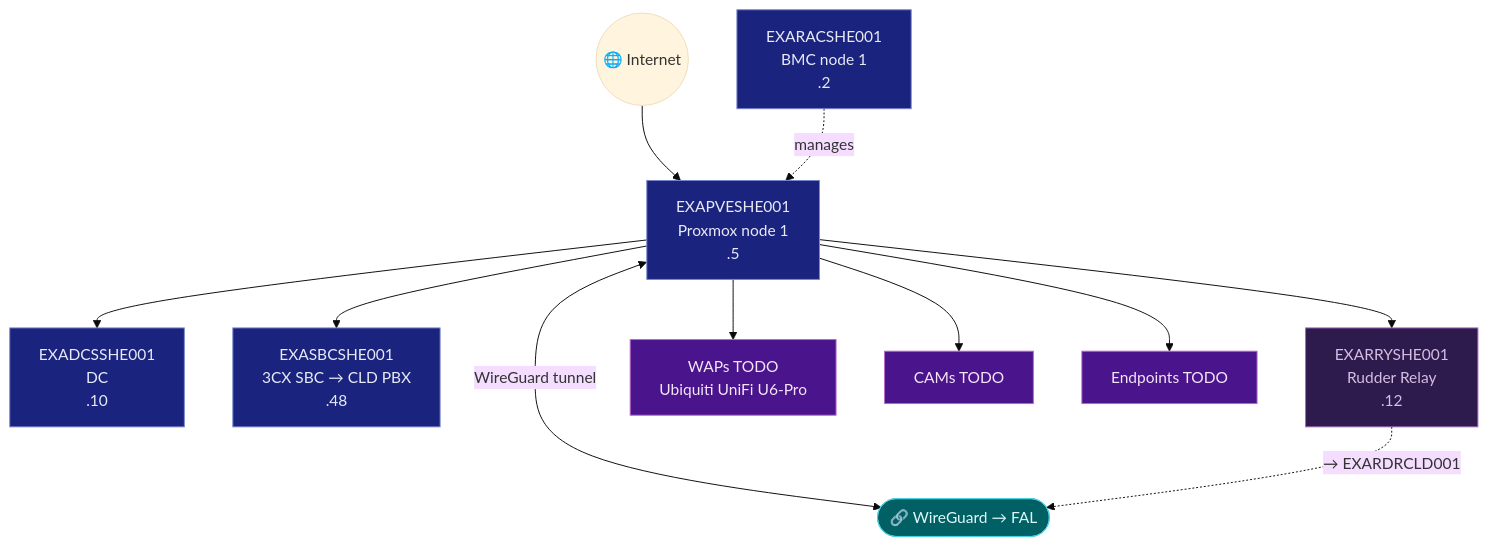
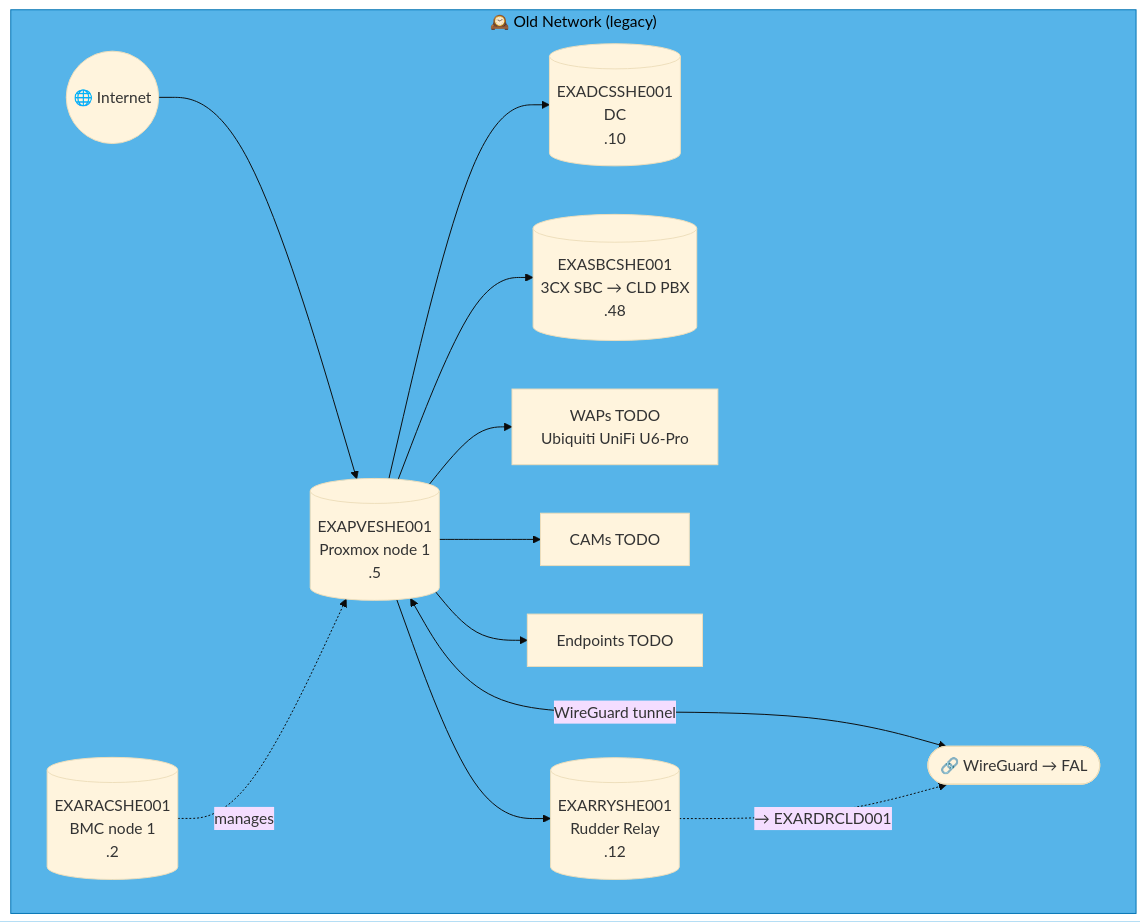
Before and after one commit to knightmare2600/example_music_infra: diagram 14 of 47 in docs/network-diagram.md, drawn with Mermaid (base theme). The commit also changed other lines of this file and 2 other files, not shown here.

````diff
--- a/docs/network-diagram.md
+++ b/docs/network-diagram.md
@@ -777,29 +724,24 @@
 ```mermaid
 graph TD
-    INET(("🌐 Internet"))
-    RAC["EXARACSHE001<br/>BMC node 1<br/>.2"]
-    PVE["EXAPVESHE001<br/>Proxmox node 1<br/>.5"]
-    DC["EXADCSSHE001<br/>DC<br/>.10"]
-    SBC["EXASBCSHE001<br/>3CX SBC → CLD PBX<br/>.48"]
-    RRY["EXARRYSHE001<br/>Rudder Relay<br/>.12"]
-    WAP["WAPs TODO<br/>Ubiquiti UniFi U6-Pro"]
-    CAM["CAMs TODO"]
-    EP["Endpoints TODO"]
-    VPN(["🔗 WireGuard → FAL"])
+    subgraph OLD_SHE ["🕰️ Old Network (legacy)"]
+      INET(("🌐 Internet"))
+      RAC[("EXARACSHE001<br/>BMC node 1<br/>.2")]
+      PVE[("EXAPVESHE001<br/>Proxmox node 1<br/>.5")]
+      DC[("EXADCSSHE001<br/>DC<br/>.10")]
+      SBC[("EXASBCSHE001<br/>3CX SBC → CLD PBX<br/>.48")]
+      RRY[("EXARRYSHE001<br/>Rudder Relay<br/>.12")]
+      WAP["WAPs TODO<br/>Ubiquiti UniFi U6-Pro"]
+      CAM["CAMs TODO"]
+      EP["Endpoints TODO"]
+      VPN(["🔗 WireGuard → FAL"])
 
-    INET --> PVE --> DC & SBC
-    RAC -.->|"manages"| PVE
-    PVE --> WAP & CAM & EP
-    PVE <-->|"WireGuard tunnel"| VPN
+      INET --> PVE --> DC & SBC
+      RAC -.->|"manages"| PVE
+      PVE --> WAP & CAM & EP
+      PVE <-->|"WireGuard tunnel"| VPN
 
-    PVE --> RRY
-    RRY -. "→ EXARDRCLD001" .-> VPN
-    classDef srv fill:#1a237e,stroke:#7986cb,color:#e8eaf6
-    classDef ep fill:#4a148c,stroke:#ba68c8,color:#f3e5f5
-    classDef vpn fill:#006064,stroke:#4dd0e1,color:#e0f7fa
-    classDef rudder fill:#2d1b4e,stroke:#a569bd,color:#d7bde2
-    class PVE,DC,SBC,RAC srv
-    class RRY rudder
-    class WAP,CAM,EP ep
-    class VPN vpn
+      PVE --> RRY
+      RRY -. "→ EXARDRCLD001" .-> VPN
+    end
+    style OLD_SHE fill:#56B4E9,stroke:#0072B2,color:#000000
 ```
````
